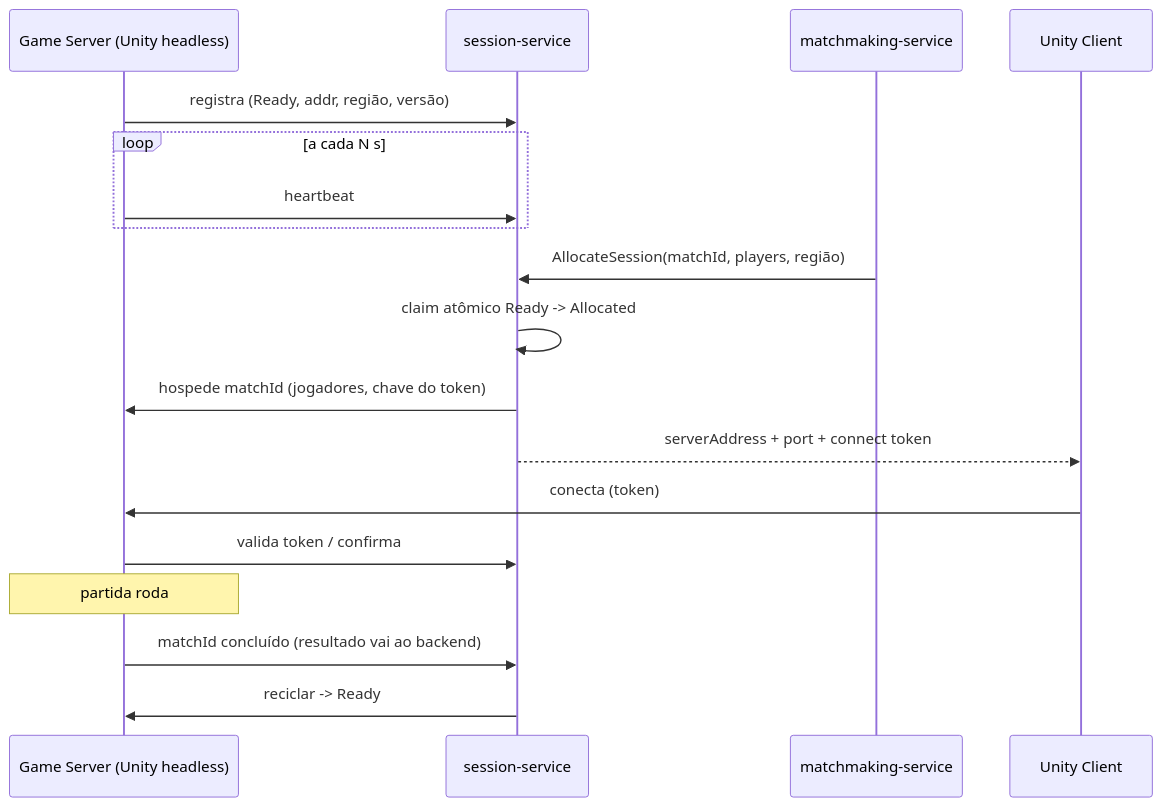
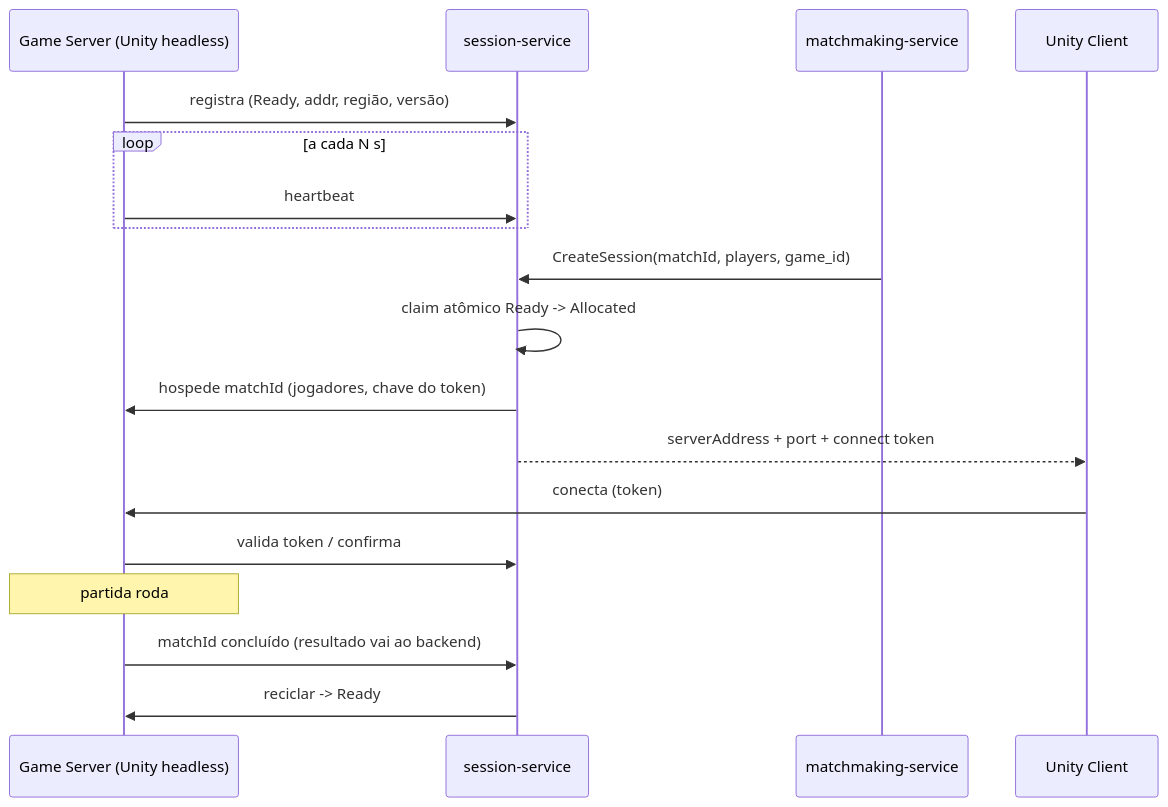
The sixth of 6 diagrams in docs/ARCHITECTURE.md (vitormartins1/go-multiplayer-control-plane), drawn with Mermaid before and after one commit. The commit also changed other lines of this file and 25 other files, not shown here.

````diff
--- a/docs/ARCHITECTURE.md
+++ b/docs/ARCHITECTURE.md
@@ -194,20 +203,20 @@
 ```mermaid
 sequenceDiagram
     participant GS as Game Server (Unity headless)
     participant SS as session-service
     participant MM as matchmaking-service
     participant C as Unity Client
     GS->>SS: registra (Ready, addr, região, versão)
     loop a cada N s
         GS->>SS: heartbeat
     end
-    MM->>SS: AllocateSession(matchId, players, região)
+    MM->>SS: CreateSession(matchId, players, game_id)
     SS->>SS: claim atômico Ready -> Allocated
     SS->>GS: hospede matchId (jogadores, chave do token)
     SS-->>C: serverAddress + port + connect token
     C->>GS: conecta (token)
     GS->>SS: valida token / confirma
     Note over GS: partida roda
     GS->>SS: matchId concluído (resultado vai ao backend)
     SS->>GS: reciclar -> Ready
 ```
````
